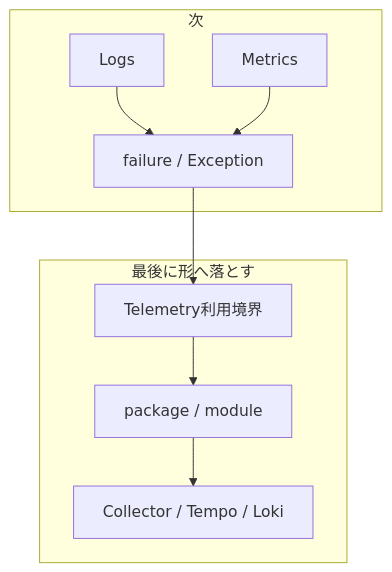
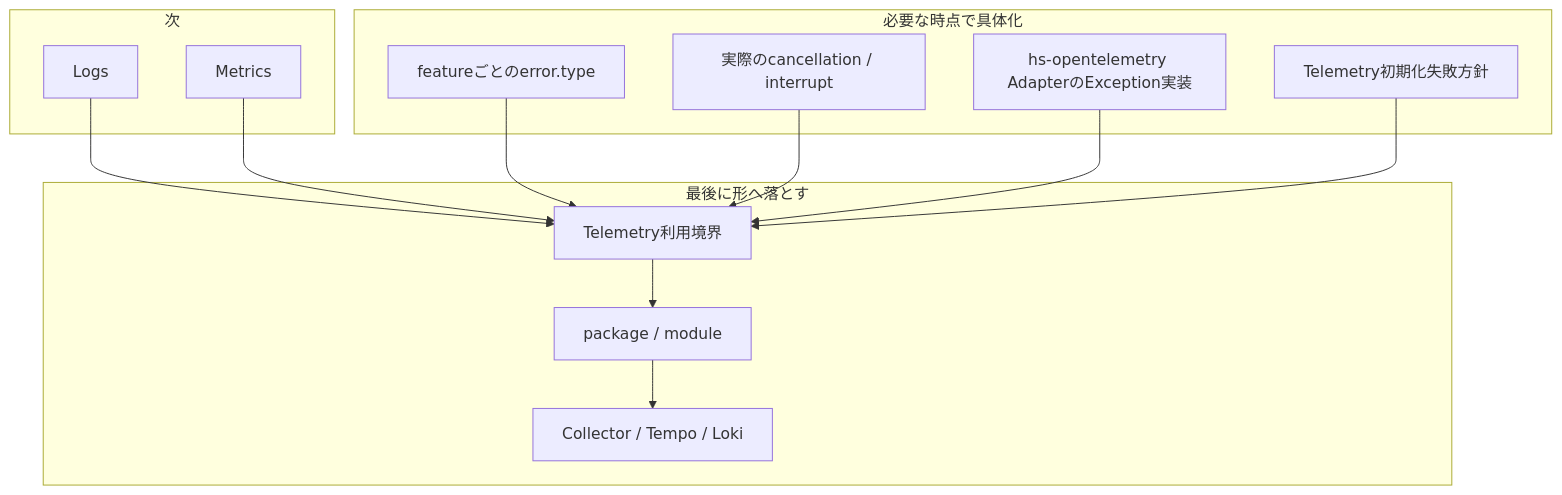
Before and after one commit to takashit16833/Workbench: the seventh of 7 diagrams in Notes/RAGScope/RAGScopeアプリケーション/RS-0023 Observability設計メモ.md, drawn with Mermaid. The commit also changed other lines of this file, not shown here.

Commit message:
notes: adopt failure handling and hs-opentelemetry

````diff
--- a/Notes/RAGScope/RAGScopeアプリケーション/RS-0023 Observability設計メモ.md
+++ b/Notes/RAGScope/RAGScopeアプリケーション/RS-0023 Observability設計メモ.md
@@ -249,16 +352,25 @@
 ```mermaid
 flowchart TD
     subgraph NEXT["次"]
         C["Logs"]
         D["Metrics"]
-        E["failure / Exception"]
+    end
+
+    subgraph DETAIL["必要な時点で具体化"]
+        E["featureごとのerror.type"]
+        I["実際のcancellation / interrupt"]
+        X["hs-opentelemetry AdapterのException実装"]
+        S["Telemetry初期化失敗方針"]
     end
 
     subgraph LAST["最後に形へ落とす"]
         F["Telemetry利用境界"] --> G["package / module"] --> H["Collector / Tempo / Loki"]
     end
 
-    C --> E
-    D --> E
+    C --> F
+    D --> F
     E --> F
+    I --> F
+    X --> F
+    S --> F
 ```
````
